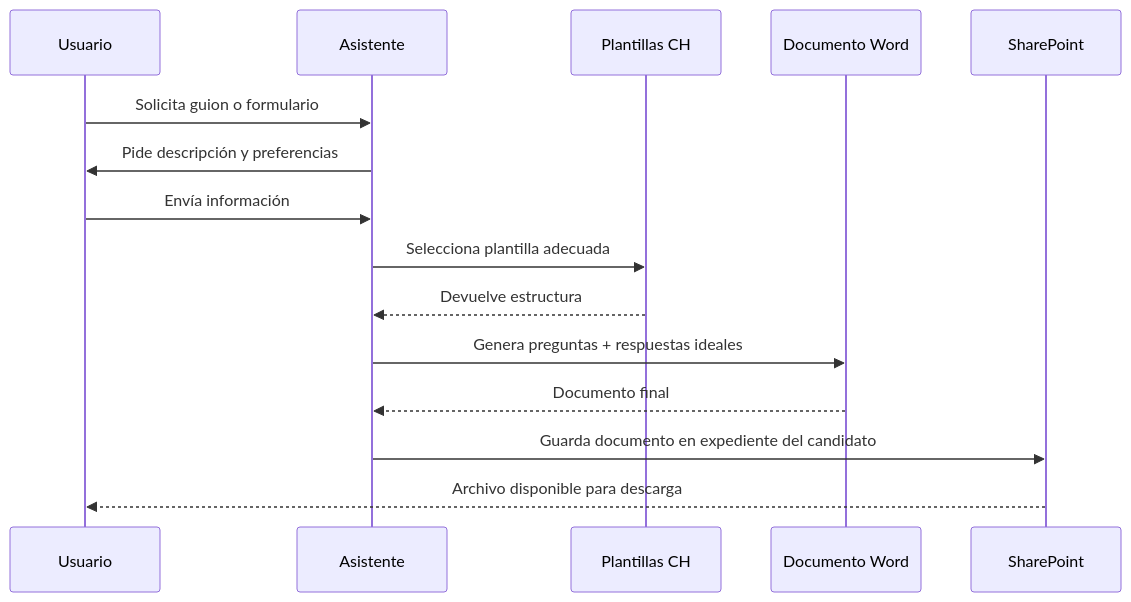
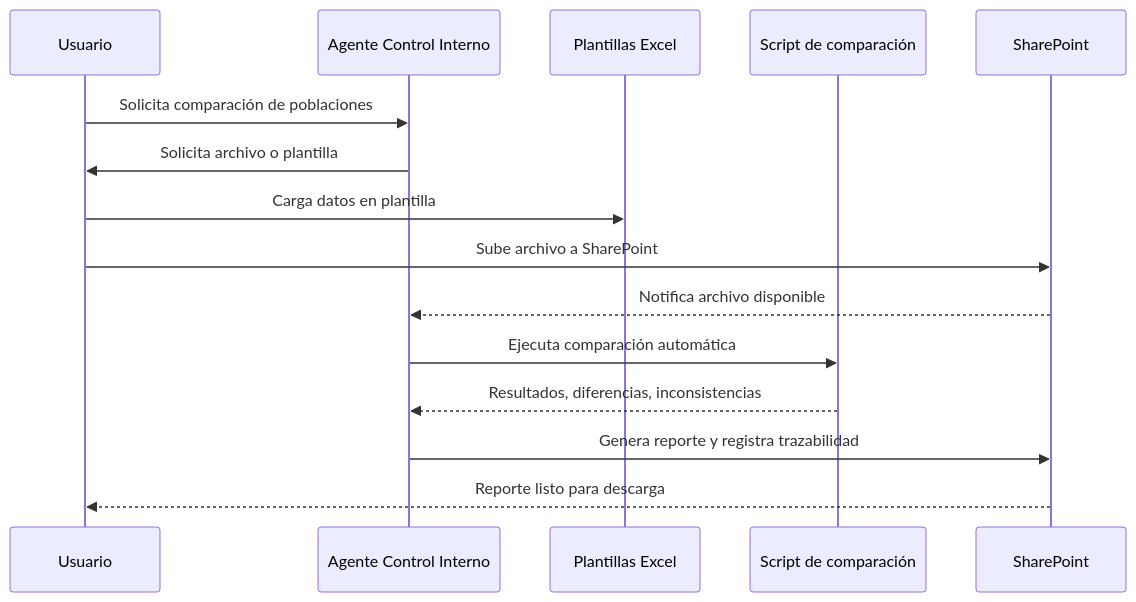
Before and after one commit to lab-innovacion-caf/Agentes: the second of 2 diagrams in README.md, drawn with Mermaid. The commit also changed other lines of this file, not shown here.

Commit message:
Readme de Control Interno

````diff
--- a/README.md
+++ b/README.md
@@ -147,18 +132,18 @@
 ```mermaid
 sequenceDiagram
     participant Usuario
-    participant Asistente
-    participant Plantillas as Plantillas CH
-    participant Word as Documento Word
+    participant Agente as Agente Control Interno
+    participant Excel as Plantillas Excel
+    participant Script as Script de comparación
     participant SP as SharePoint
 
-    Usuario->>Asistente: Solicita guion o formulario
-    Asistente->>Usuario: Pide descripción y preferencias
-    Usuario->>Asistente: Envía información
-    Asistente->>Plantillas: Selecciona plantilla adecuada
-    Plantillas-->>Asistente: Devuelve estructura
-    Asistente->>Word: Genera preguntas + respuestas ideales
-    Word-->>Asistente: Documento final
-    Asistente->>SP: Guarda documento en expediente del candidato
-    SP-->>Usuario: Archivo disponible para descarga
+    Usuario->>Agente: Solicita comparación de poblaciones
+    Agente->>Usuario: Solicita archivo o plantilla
+    Usuario->>Excel: Carga datos en plantilla
+    Usuario->>SP: Sube archivo a SharePoint
+    SP-->>Agente: Notifica archivo disponible
+    Agente->>Script: Ejecuta comparación automática
+    Script-->>Agente: Resultados, diferencias, inconsistencias
+    Agente->>SP: Genera reporte y registra trazabilidad
+    SP-->>Usuario: Reporte listo para descarga
 ```
````
